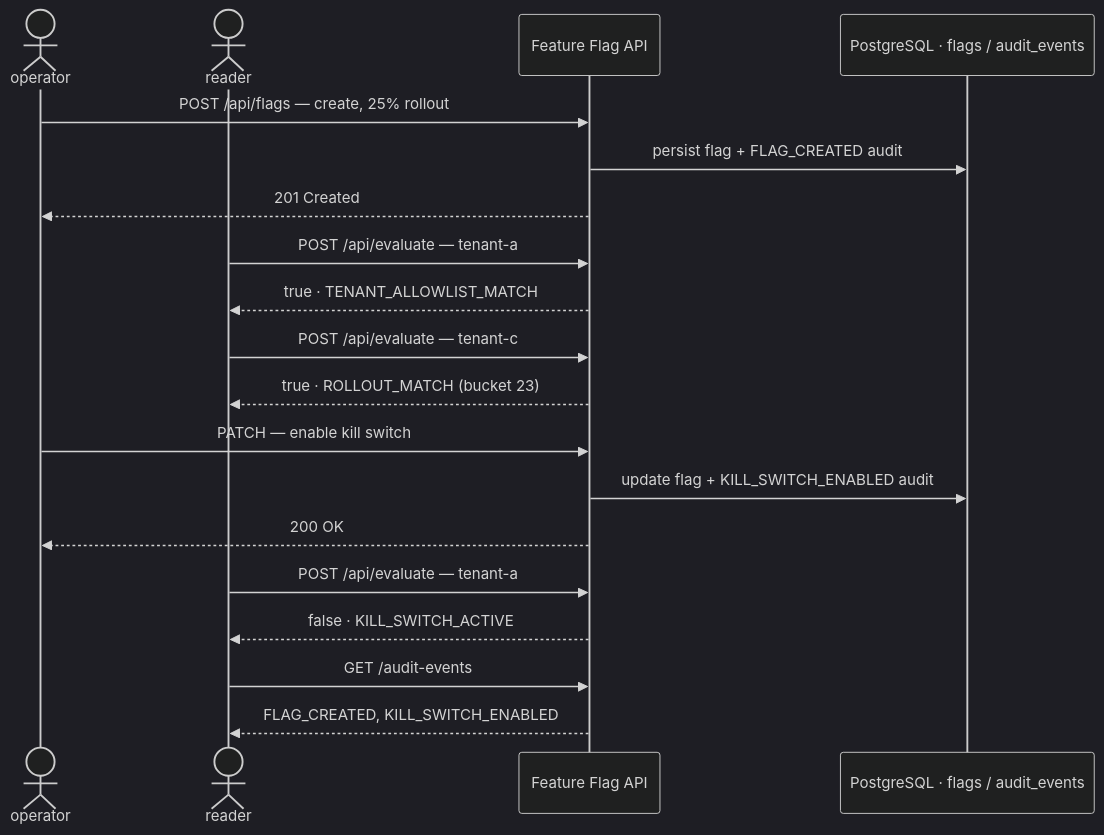
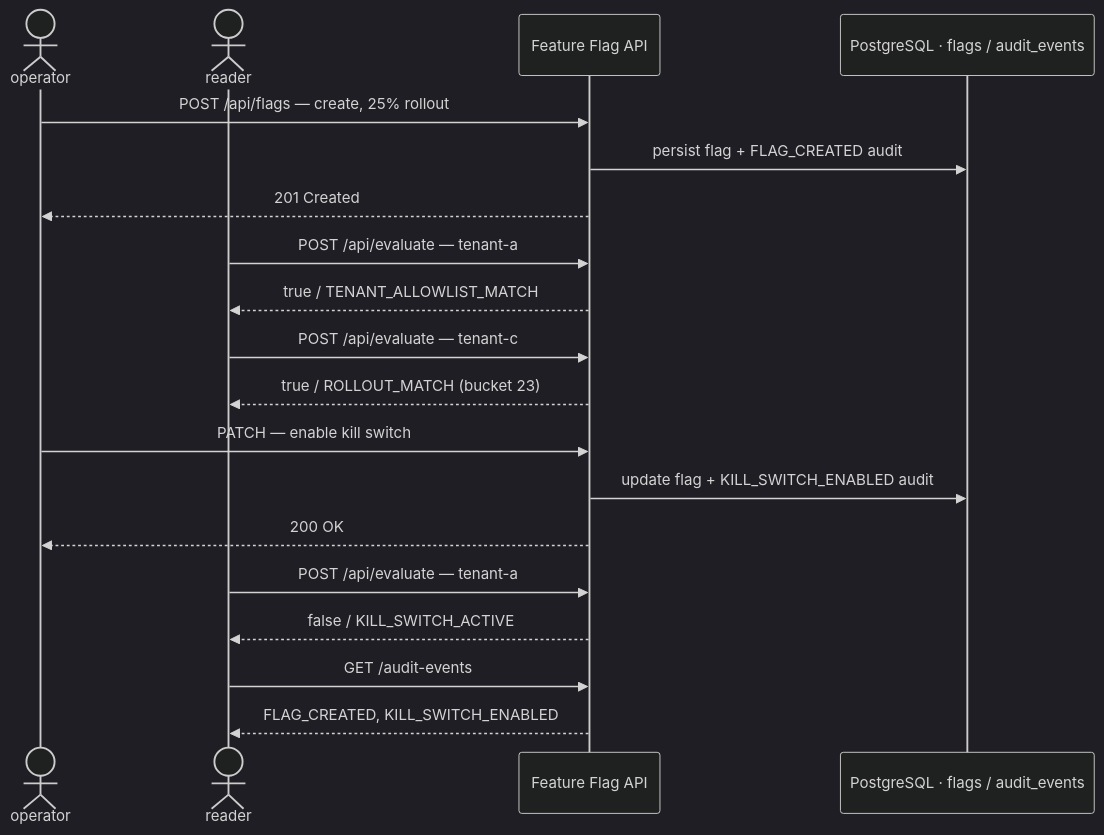
One commit to 42milez/feature-flag-expt changed the third of 3 diagrams in README.md. Above: the diagram before and after it, drawn with Mermaid (dark theme). The commit also changed other lines of this file and 1 other file, not shown here.

Commit message:
docs: update README diagram syntax (#42)

````diff
--- a/README.md
+++ b/README.md
@@ -191,25 +191,25 @@
 ```mermaid
 sequenceDiagram
     actor Op as operator
     actor Rd as reader
     participant API as Feature Flag API
     participant DB as PostgreSQL · flags / audit_events
 
     Op->>API: POST /api/flags — create, 25% rollout
     API->>DB: persist flag + FLAG_CREATED audit
     API-->>Op: 201 Created
 
     Rd->>API: POST /api/evaluate — tenant-a
-    API-->>Rd: true · TENANT_ALLOWLIST_MATCH
+    API-->>Rd: true / TENANT_ALLOWLIST_MATCH
     Rd->>API: POST /api/evaluate — tenant-c
-    API-->>Rd: true · ROLLOUT_MATCH (bucket 23)
+    API-->>Rd: true / ROLLOUT_MATCH (bucket 23)
 
     Op->>API: PATCH — enable kill switch
     API->>DB: update flag + KILL_SWITCH_ENABLED audit
     API-->>Op: 200 OK
 
     Rd->>API: POST /api/evaluate — tenant-a
-    API-->>Rd: false · KILL_SWITCH_ACTIVE
+    API-->>Rd: false / KILL_SWITCH_ACTIVE
     Rd->>API: GET /audit-events
     API-->>Rd: FLAG_CREATED, KILL_SWITCH_ENABLED
 ```
````
